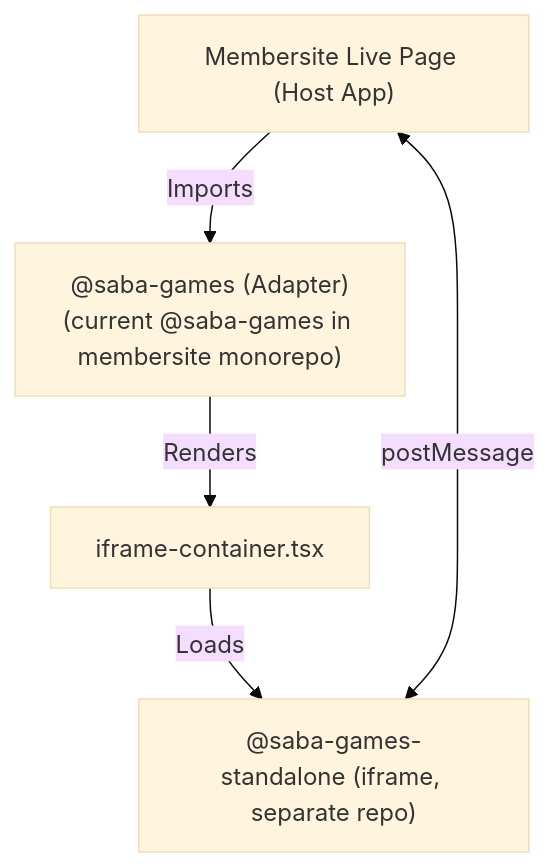
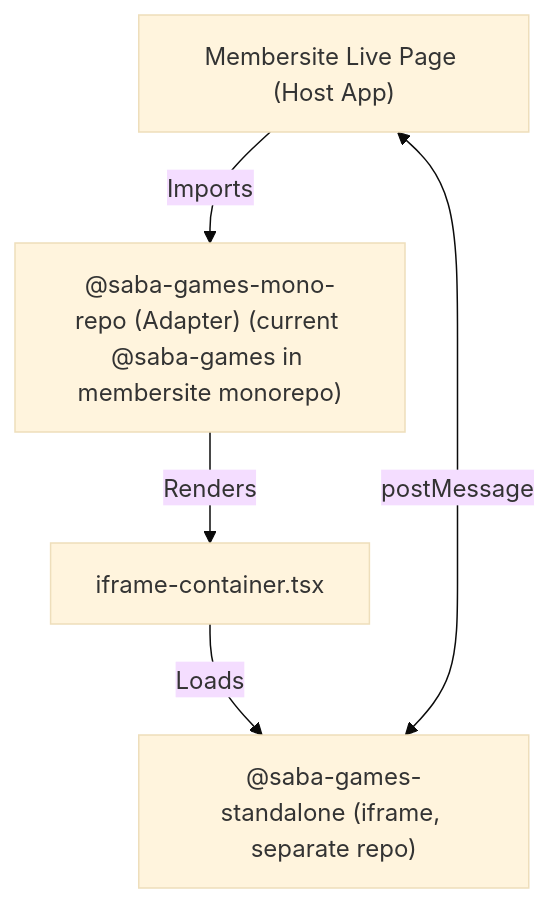
Before and after one commit to starixvn/l1_game-clients_sedie-client-demo: the first of 2 diagrams in seal-monorepo/libs/saba-games/IFRAME-ARCHITECTURE.md, drawn with Mermaid (base theme). The commit also changed other lines of this file, not shown here.

Commit message:
feat: IFRAME ARCHITECTURE Documents

````diff
--- a/seal-monorepo/libs/saba-games/IFRAME-ARCHITECTURE.md
+++ b/seal-monorepo/libs/saba-games/IFRAME-ARCHITECTURE.md
@@ -7,7 +7,7 @@
 ```mermaid
 graph TD;
-  MembersiteLivePage["Membersite Live Page (Host App)"] -->|Imports| SabaGamesAdapter["@saba-games (Adapter)\n(current @saba-games in membersite monorepo)"]
+  MembersiteLivePage["Membersite Live Page (Host App)"] -->|Imports| SabaGamesAdapter["@saba-games-mono-repo (Adapter) (current @saba-games in membersite monorepo)"]
   SabaGamesAdapter -->|Renders| IframeContainer["iframe-container.tsx"]
   IframeContainer -->|Loads| SabaGamesStandalone["@saba-games-standalone (iframe, separate repo)"]
   MembersiteLivePage <--> |postMessage| SabaGamesStandalone
 ```
````
